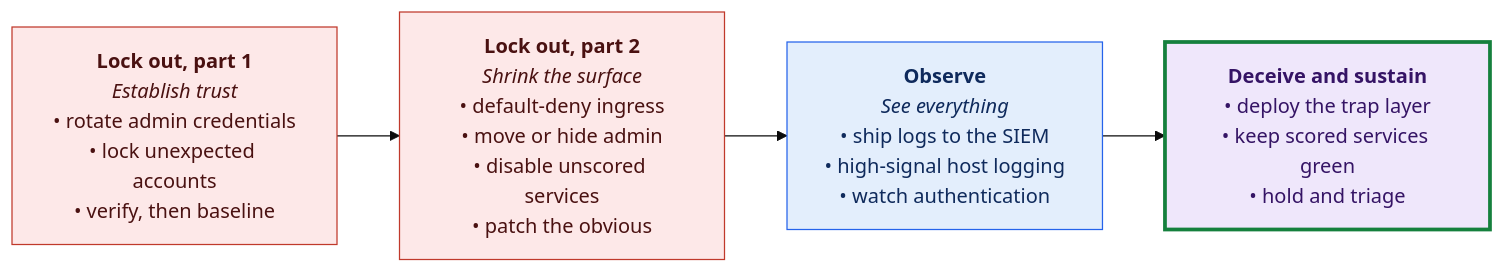
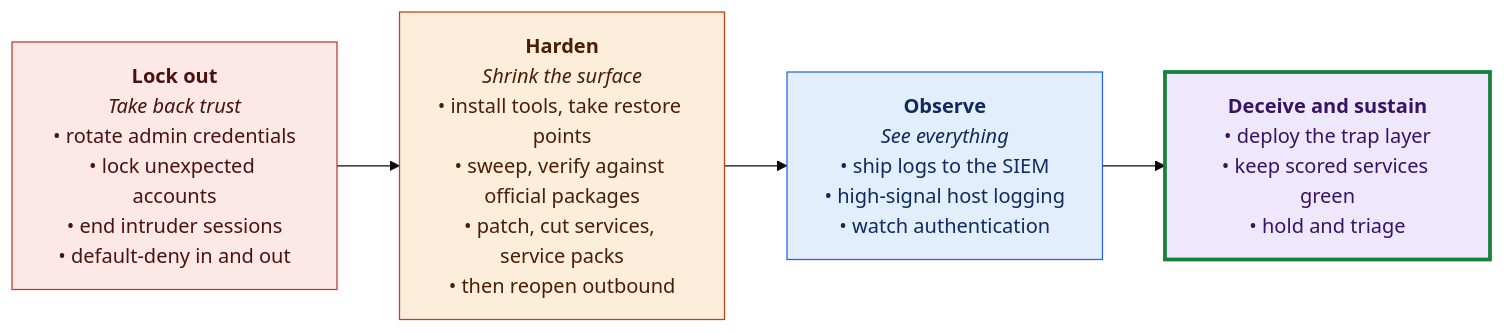
The first of 2 diagrams in docs/Blueprint.md (dotnetdork/Labyrinth), drawn with Mermaid (base theme) before and after one commit. The commit also changed other lines of this file and 33 other files, not shown here.

````diff
--- a/docs/Blueprint.md
+++ b/docs/Blueprint.md
@@ -62,15 +62,17 @@
 ```mermaid
 flowchart LR
-    A["<b>Lock out, part 1</b><br/><i>Establish trust</i><br/>• rotate admin credentials<br/>• lock unexpected accounts<br/>• verify, then baseline"]
-    B["<b>Lock out, part 2</b><br/><i>Shrink the surface</i><br/>• default-deny ingress<br/>• move or hide admin<br/>• disable unscored services<br/>• patch the obvious"]
+    A["<b>Lock out</b><br/><i>Take back trust</i><br/>• rotate admin credentials<br/>• lock unexpected accounts<br/>• end intruder sessions<br/>• default-deny in and out"]
+    B["<b>Harden</b><br/><i>Shrink the surface</i><br/>• install tools, take restore points<br/>• sweep, verify against official packages<br/>• patch, cut services, service packs<br/>• then reopen outbound"]
     C["<b>Observe</b><br/><i>See everything</i><br/>• ship logs to the SIEM<br/>• high-signal host logging<br/>• watch authentication"]
     D["<b>Deceive and sustain</b><br/>• deploy the trap layer<br/>• keep scored services green<br/>• hold and triage"]
     A --> B --> C --> D
     classDef lockout fill:#fde8e8,stroke:#c0392b,color:#4a1111
+    classDef harden fill:#fdeedc,stroke:#c2410c,color:#4a1d06
     classDef observe fill:#e3eefc,stroke:#2563eb,color:#0f2a5c
     classDef deceive fill:#efe7fb,stroke:#7c3aed,color:#351465
-    class A,B lockout
+    class A lockout
+    class B harden
     class C observe
     class D deceive
     style D stroke:#15803d,stroke-width:3px
 ```
````
